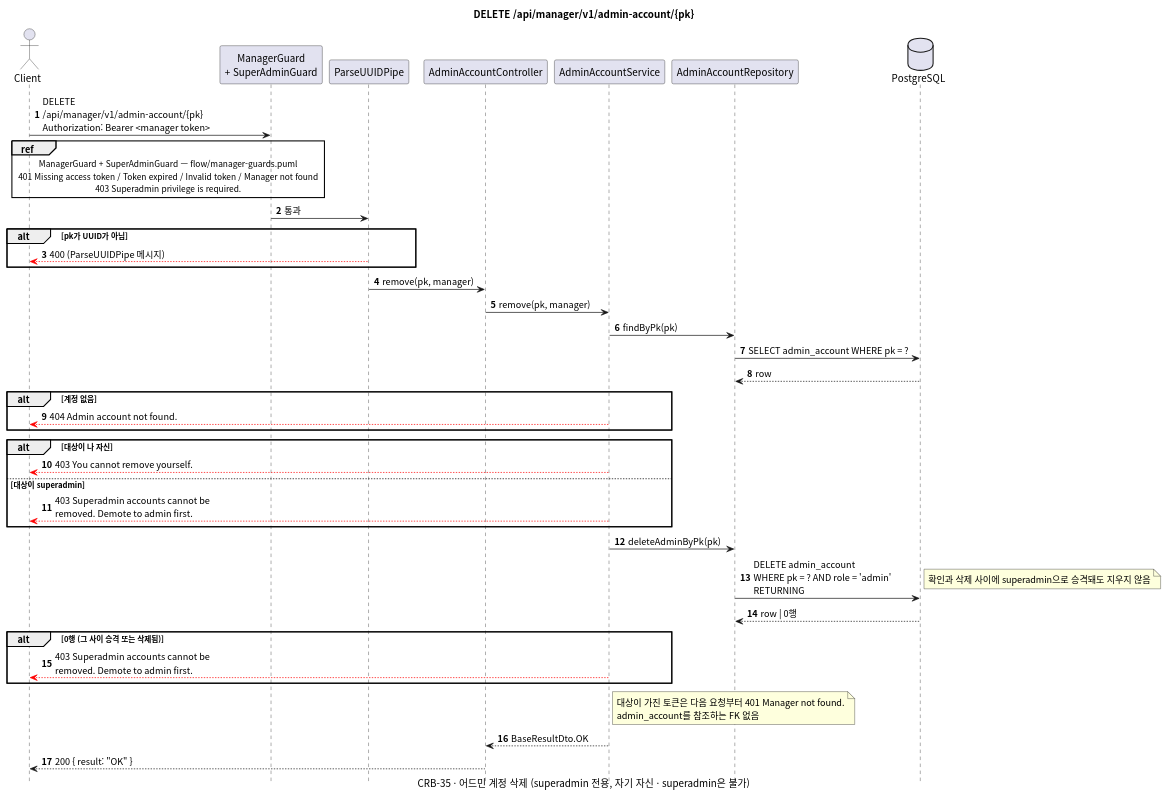
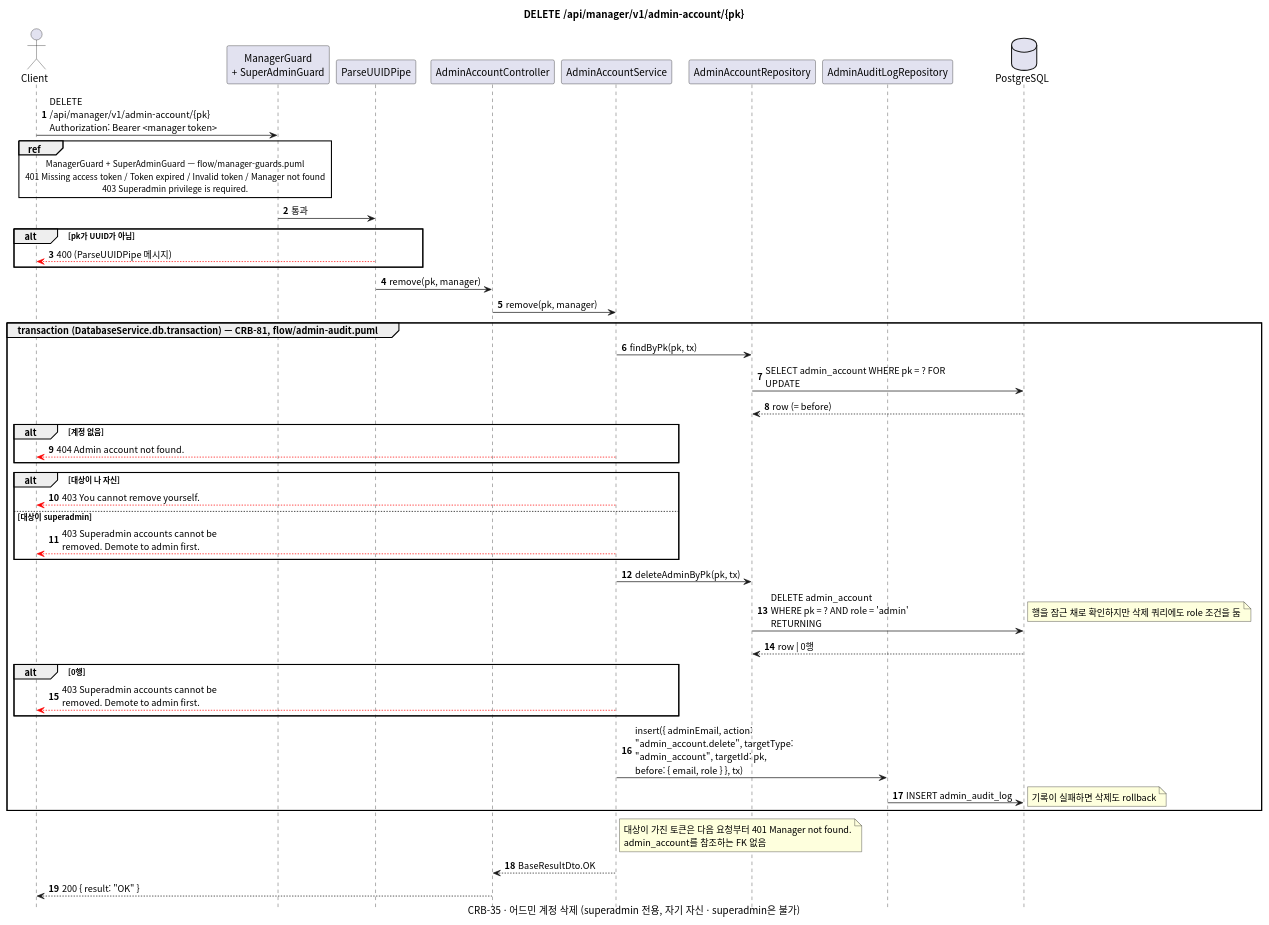
The diagram in docs/sequence/manager/delete-admin-account-pk.puml (gsainfoteam/cheers-be), drawn with PlantUML before and after one commit. The commit also changed 88 other files, not shown here.

Commit message:
- feat: 어드민 변경 감사 로그(admin_audit_log, 변경 전·후 값)와 접근 로그 · 감사 로그 조회 API

```diff
--- a/docs/sequence/manager/delete-admin-account-pk.puml
+++ b/docs/sequence/manager/delete-admin-account-pk.puml
@@ -1,55 +1,61 @@
 @startuml delete-manager-admin-account-pk
 skinparam defaultFontName "Apple SD Gothic Neo", "Noto Sans CJK KR", sans-serif
 skinparam responseMessageBelowArrow true
 skinparam sequenceMessageAlign left
 skinparam maxMessageSize 260
 skinparam BoxPadding 8
 skinparam shadowing false
 autonumber
 hide footbox
 
 title DELETE /api/manager/v1/admin-account/{pk}
 caption CRB-35 · 어드민 계정 삭제 (superadmin 전용, 자기 자신 · superadmin은 불가)
 
 actor Client
 participant "ManagerGuard\n+ SuperAdminGuard" as Guard
 participant "ParseUUIDPipe" as Pipe
 participant "AdminAccountController" as Controller
 participant "AdminAccountService" as Service
 participant "AdminAccountRepository" as AdminAccountRepository
+participant "AdminAuditLogRepository" as AdminAuditLogRepository
 database PostgreSQL
 
 Client -> Guard: DELETE /api/manager/v1/admin-account/{pk}\nAuthorization: Bearer <manager token>
 ref over Client, Guard: ManagerGuard + SuperAdminGuard — flow/manager-guards.puml\n401 Missing access token / Token expired / Invalid token / Manager not found\n403 Superadmin privilege is required.
 Guard -> Pipe: 통과
 alt pk가 UUID가 아님
   Pipe -[#red]-> Client: 400 (ParseUUIDPipe 메시지)
 end
 Pipe -> Controller: remove(pk, manager)
 Controller -> Service: remove(pk, manager)
-Service -> AdminAccountRepository: findByPk(pk)
-AdminAccountRepository -> PostgreSQL: SELECT admin_account WHERE pk = ?
-PostgreSQL --> AdminAccountRepository: row
-alt 계정 없음
-  Service -[#red]-> Client: 404 Admin account not found.
-end
-alt 대상이 나 자신
-  Service -[#red]-> Client: 403 You cannot remove yourself.
-else 대상이 superadmin
-  Service -[#red]-> Client: 403 Superadmin accounts cannot be removed. Demote to admin first.
-end
-Service -> AdminAccountRepository: deleteAdminByPk(pk)
-AdminAccountRepository -> PostgreSQL: DELETE admin_account\nWHERE pk = ? AND role = 'admin' RETURNING
-note right: 확인과 삭제 사이에 superadmin으로 승격돼도 지우지 않음
-PostgreSQL --> AdminAccountRepository: row | 0행
-alt 0행 (그 사이 승격 또는 삭제됨)
-  Service -[#red]-> Client: 403 Superadmin accounts cannot be removed. Demote to admin first.
+group transaction (DatabaseService.db.transaction) — CRB-81, flow/admin-audit.puml
+  Service -> AdminAccountRepository: findByPk(pk, tx)
+  AdminAccountRepository -> PostgreSQL: SELECT admin_account WHERE pk = ? FOR UPDATE
+  PostgreSQL --> AdminAccountRepository: row (= before)
+  alt 계정 없음
+    Service -[#red]-> Client: 404 Admin account not found.
+  end
+  alt 대상이 나 자신
+    Service -[#red]-> Client: 403 You cannot remove yourself.
+  else 대상이 superadmin
+    Service -[#red]-> Client: 403 Superadmin accounts cannot be removed. Demote to admin first.
+  end
+  Service -> AdminAccountRepository: deleteAdminByPk(pk, tx)
+  AdminAccountRepository -> PostgreSQL: DELETE admin_account\nWHERE pk = ? AND role = 'admin' RETURNING
+  note right: 행을 잠근 채로 확인하지만 삭제 쿼리에도 role 조건을 둠
+  PostgreSQL --> AdminAccountRepository: row | 0행
+  alt 0행
+    Service -[#red]-> Client: 403 Superadmin accounts cannot be removed. Demote to admin first.
+  end
+  Service -> AdminAuditLogRepository: insert({ adminEmail, action: "admin_account.delete", targetType: "admin_account", targetId: pk,\nbefore: { email, role } }, tx)
+  AdminAuditLogRepository -> PostgreSQL: INSERT admin_audit_log
+  note right: 기록이 실패하면 삭제도 rollback
 end
 note right of Service
   대상이 가진 토큰은 다음 요청부터 401 Manager not found.
   admin_account를 참조하는 FK 없음
 end note
 Service --> Controller: BaseResultDto.OK
 Controller --> Client: 200 { result: "OK" }
 
 @enduml
```
